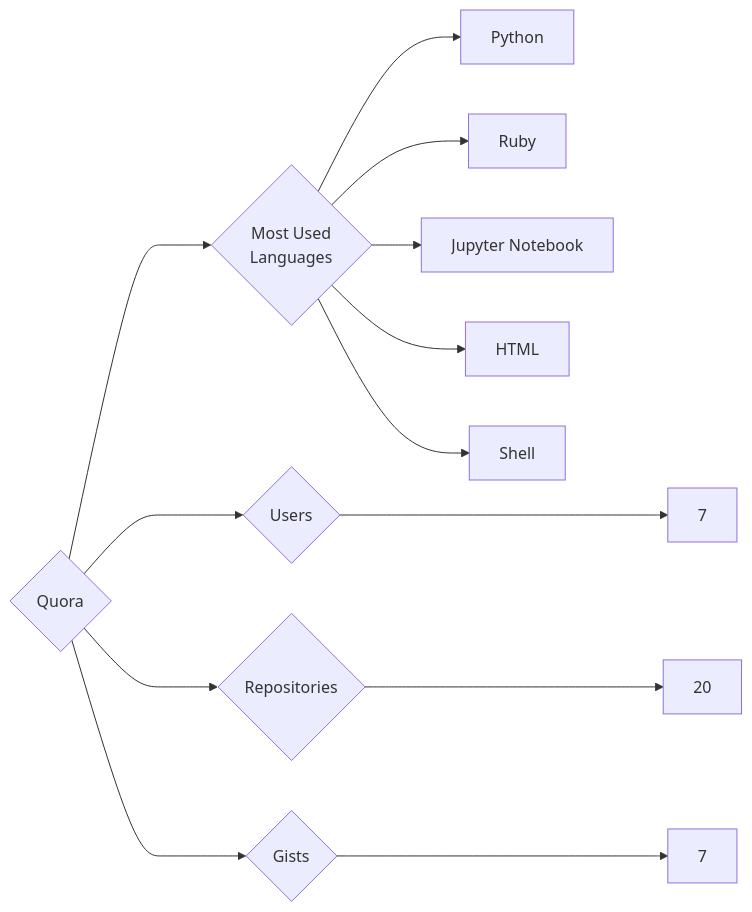
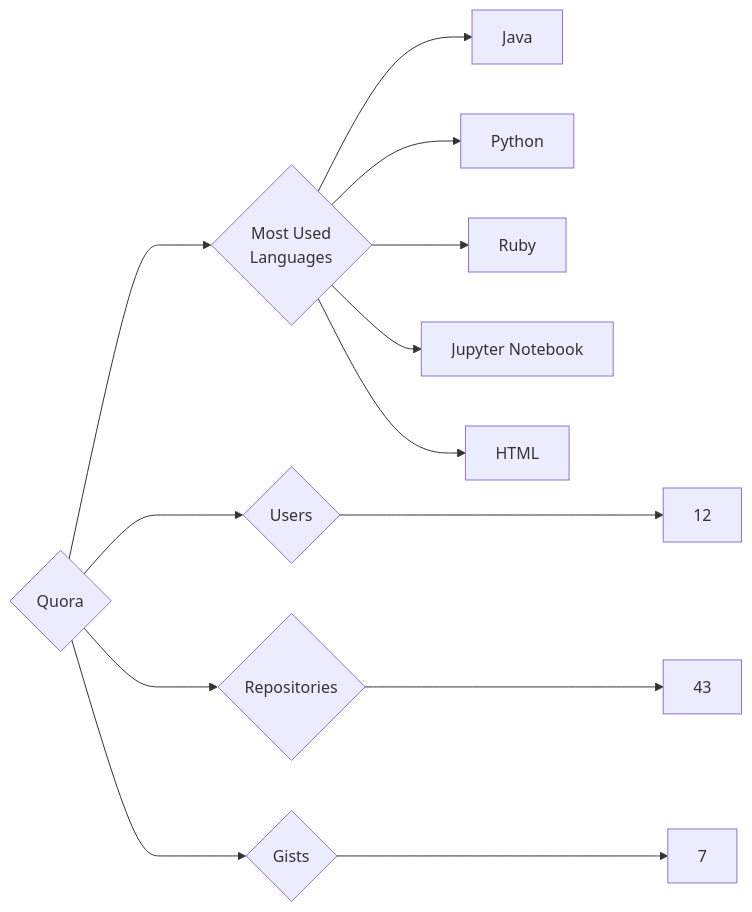
The diagram in targets/Quora/README.md (trickest/insiders), drawn with Mermaid before and after one commit. The commit also changed 682 other files, not shown here.

````diff
--- a/targets/Quora/README.md
+++ b/targets/Quora/README.md
@@ -3,13 +3,13 @@
 ```mermaid
 graph LR
 COMPANY_NAME{Quora}
-COMPANY_NAME ---> U{Users} ---> UN[7]
-COMPANY_NAME ---> R{Repositories} ---> RN[20]
+COMPANY_NAME ---> U{Users} ---> UN[12]
+COMPANY_NAME ---> R{Repositories} ---> RN[43]
 COMPANY_NAME ---> G{Gists} ---> GN[7]
 COMPANY_NAME ---> ML{Most Used<br>Languages}
+ML --> Java[Java]
 ML --> Python[Python]
 ML --> Ruby[Ruby]
 ML --> Jupyter_Notebook[Jupyter Notebook]
 ML --> HTML[HTML]
-ML --> Shell[Shell]
 ```
````
